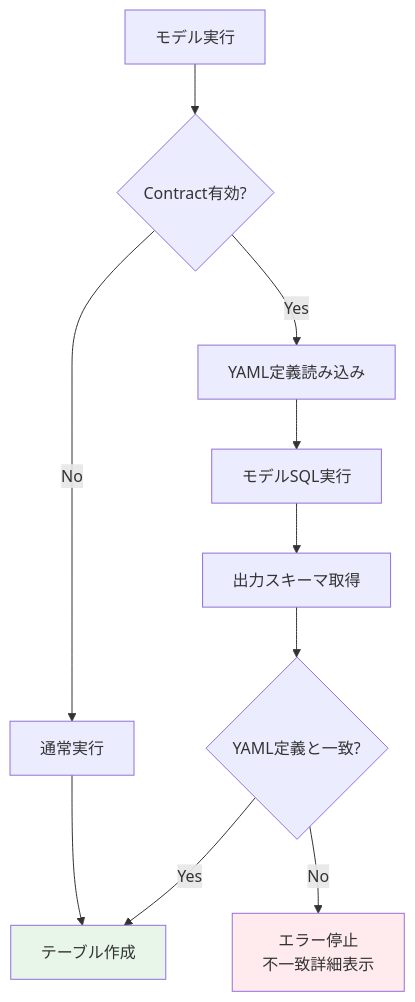
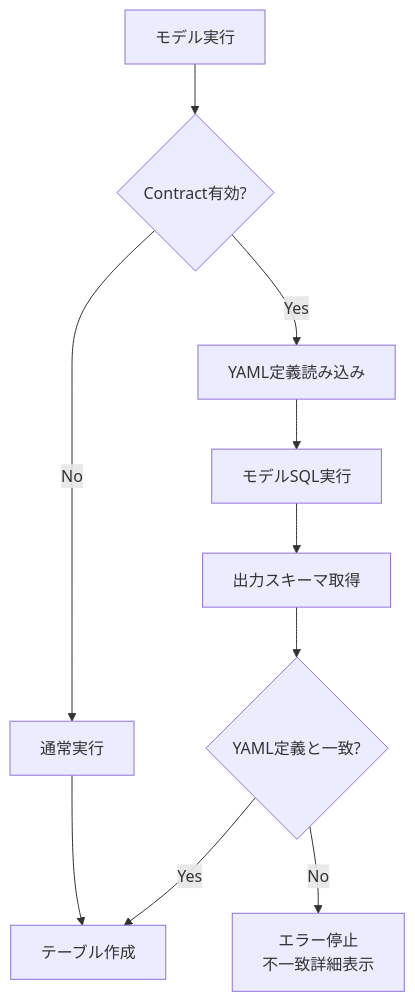
Before and after one commit to 1210yuichi0/1210yuichi0.github.io: the first of 7 diagrams in content/Tech/dbt/features/contracts-config.md, drawn with Mermaid. The commit also changed other lines of this file and 22 other files, not shown here.

First line of the commit message:
style: remove Mermaid style directives for dark mode compatibility

````diff
--- a/content/Tech/dbt/features/contracts-config.md
+++ b/content/Tech/dbt/features/contracts-config.md
@@ -58,18 +58,16 @@
 ```mermaid
 flowchart TD
     A[モデル実行] --> B{Contract有効?}
     B -->|No| C[通常実行]
     B -->|Yes| D[YAML定義読み込み]
 
     D --> E[モデルSQL実行]
     E --> F[出力スキーマ取得]
     F --> G{YAML定義と一致?}
 
     G -->|Yes| H[テーブル作成]
     G -->|No| I[エラー停止<br/>不一致詳細表示]
 
     C --> H
 
-    style I fill:#ffebee
-    style H fill:#e8f5e9
 ```
````
